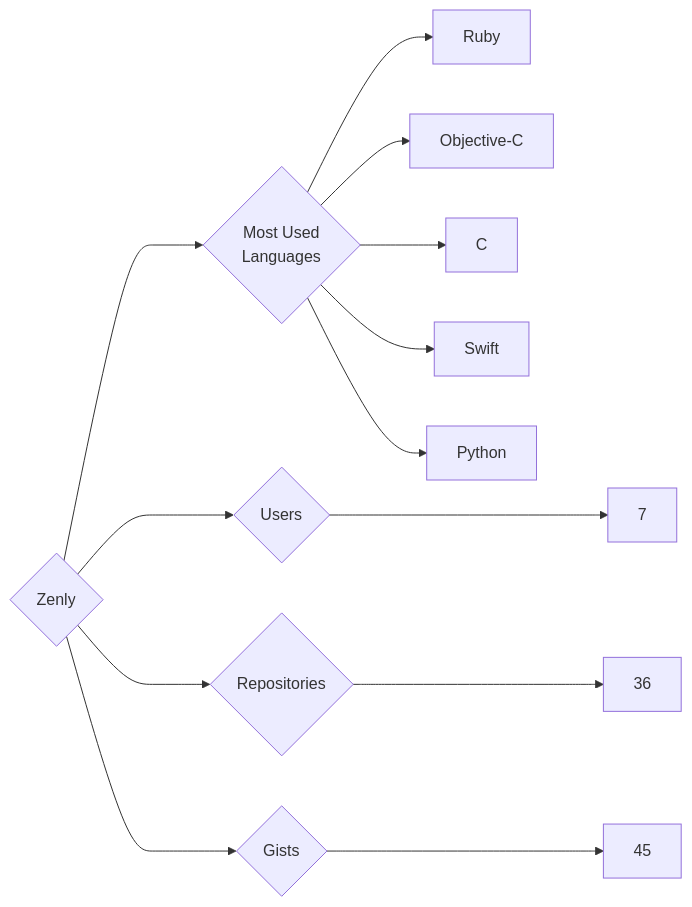
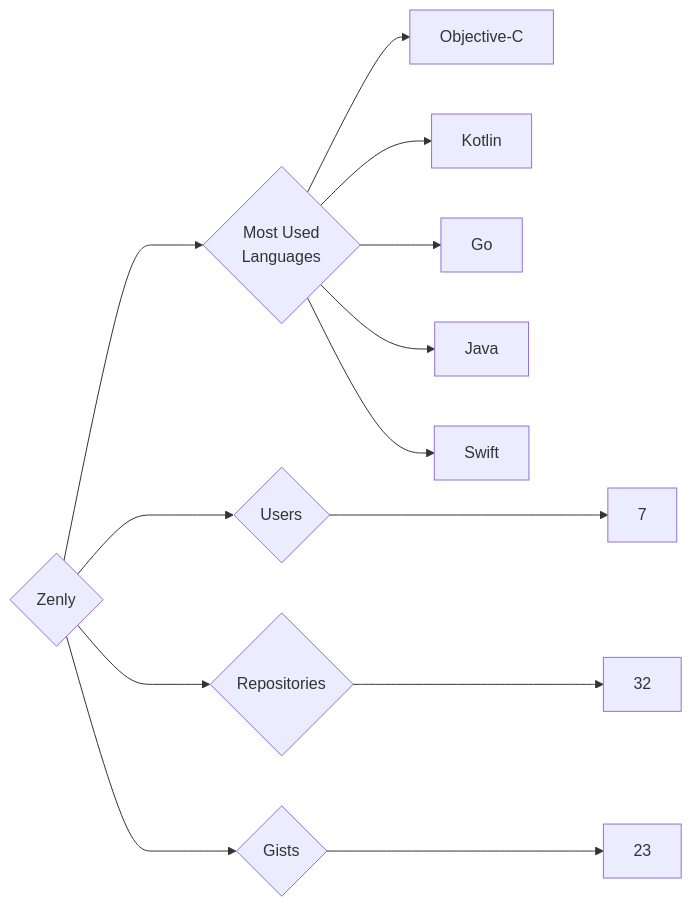
The diagram in targets/Zenly/README.md (trickest/insiders), drawn with Mermaid before and after one commit. The commit also changed 715 other files, not shown here.

````diff
--- a/targets/Zenly/README.md
+++ b/targets/Zenly/README.md
@@ -3,13 +3,13 @@
 ```mermaid
 graph LR
 COMPANY_NAME{Zenly}
 COMPANY_NAME ---> U{Users} ---> UN[7]
-COMPANY_NAME ---> R{Repositories} ---> RN[36]
-COMPANY_NAME ---> G{Gists} ---> GN[45]
+COMPANY_NAME ---> R{Repositories} ---> RN[32]
+COMPANY_NAME ---> G{Gists} ---> GN[23]
 COMPANY_NAME ---> ML{Most Used<br>Languages}
-ML --> Ruby[Ruby]
 ML --> Objective-C[Objective-C]
-ML --> C[C]
+ML --> Kotlin[Kotlin]
+ML --> Go[Go]
+ML --> Java[Java]
 ML --> Swift[Swift]
-ML --> Python[Python]
 ```
````
